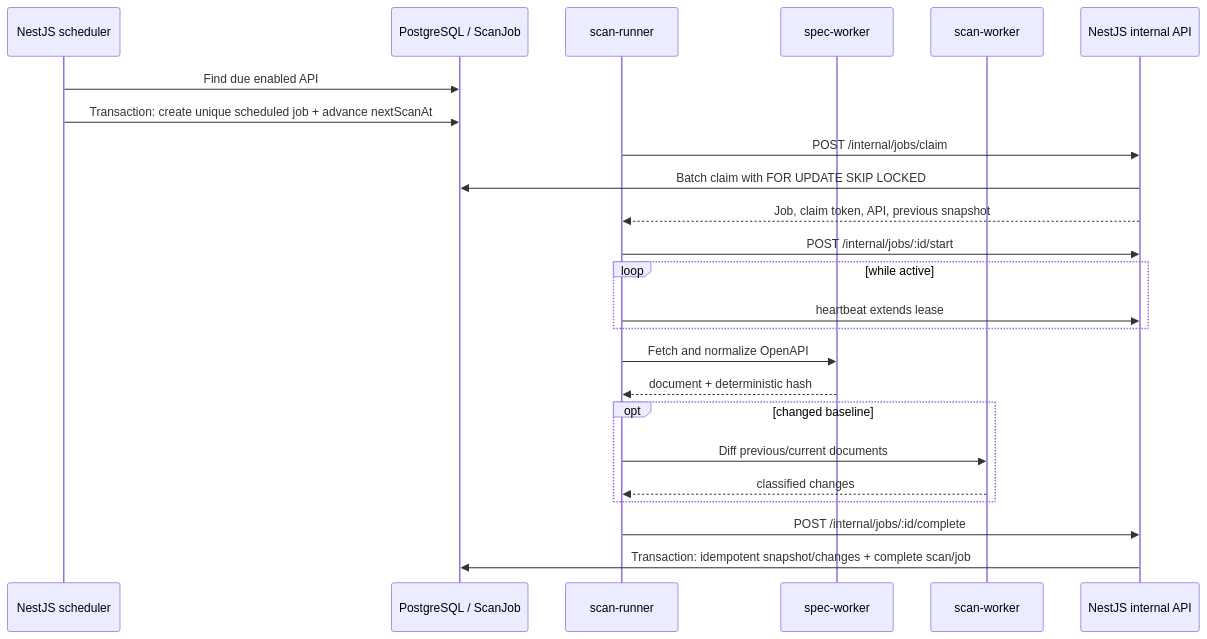
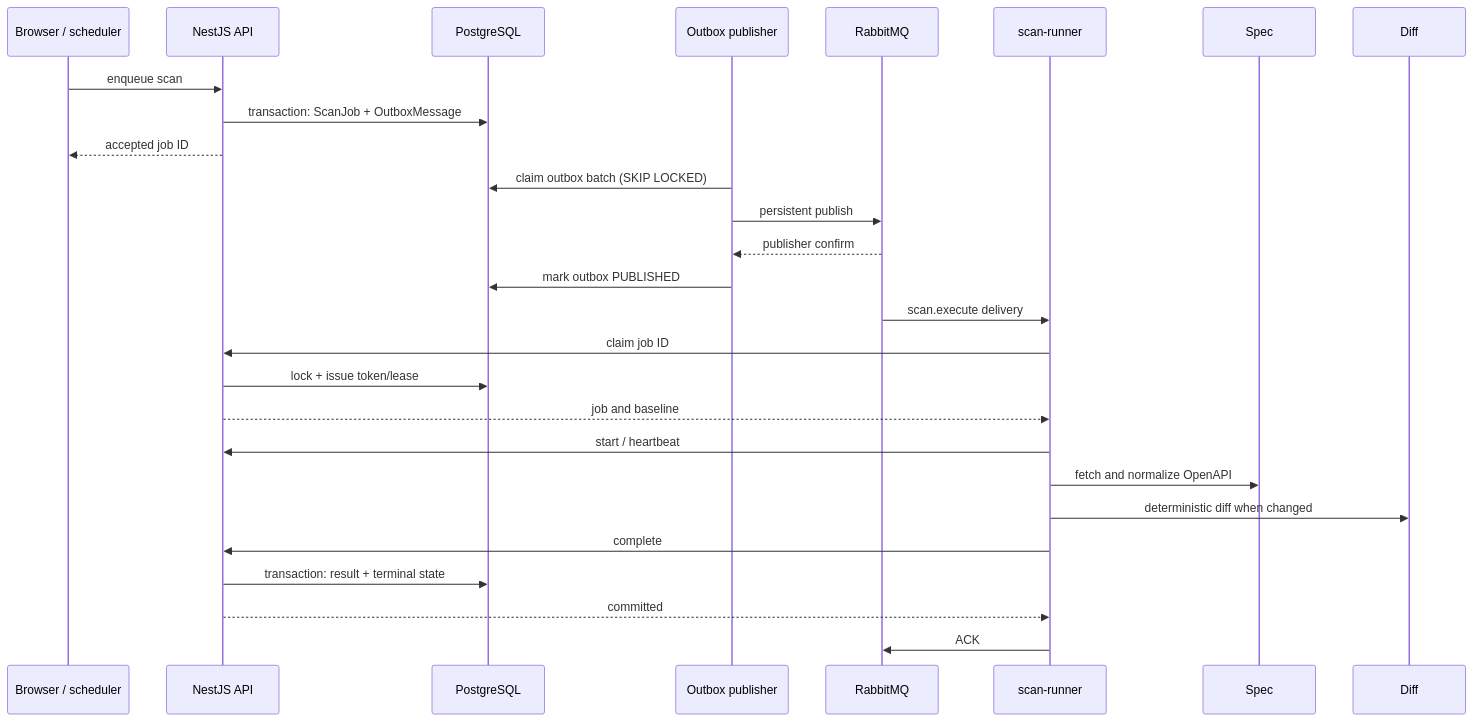
Before and after one commit to zrira/contrava: the second of 3 diagrams in docs/architecture.md, drawn with Mermaid. The commit also changed other lines of this file and 7 other files, not shown here.

Commit message:
docs: document RabbitMQ delivery operations

````diff
--- a/docs/architecture.md
+++ b/docs/architecture.md
@@ -24,26 +24,27 @@
 ```mermaid
 sequenceDiagram
-  participant S as NestJS scheduler
-  participant DB as PostgreSQL / ScanJob
+  participant C as Browser / scheduler
+  participant A as NestJS API
+  participant P as PostgreSQL
+  participant O as Outbox publisher
+  participant Q as RabbitMQ
   participant R as scan-runner
-  participant F as spec-worker
-  participant D as scan-worker
-  participant A as NestJS internal API
-  S->>DB: Find due enabled API
-  S->>DB: Transaction: create unique scheduled job + advance nextScanAt
-  R->>A: POST /internal/jobs/claim
-  A->>DB: Batch claim with FOR UPDATE SKIP LOCKED
-  A-->>R: Job, claim token, API, previous snapshot
-  R->>A: POST /internal/jobs/:id/start
-  loop while active
-    R->>A: heartbeat extends lease
-  end
-  R->>F: Fetch and normalize OpenAPI
-  F-->>R: document + deterministic hash
-  opt changed baseline
-    R->>D: Diff previous/current documents
-    D-->>R: classified changes
-  end
-  R->>A: POST /internal/jobs/:id/complete
-  A->>DB: Transaction: idempotent snapshot/changes + complete scan/job
+  C->>A: enqueue scan
+  A->>P: transaction: ScanJob + OutboxMessage
+  A-->>C: accepted job ID
+  O->>P: claim outbox batch (SKIP LOCKED)
+  O->>Q: persistent publish
+  Q-->>O: publisher confirm
+  O->>P: mark outbox PUBLISHED
+  Q->>R: scan.execute delivery
+  R->>A: claim job ID
+  A->>P: lock + issue token/lease
+  A-->>R: job and baseline
+  R->>A: start / heartbeat
+  R->>Spec: fetch and normalize OpenAPI
+  R->>Diff: deterministic diff when changed
+  R->>A: complete
+  A->>P: transaction: result + terminal state
+  A-->>R: committed
+  R->>Q: ACK
 ```
````
